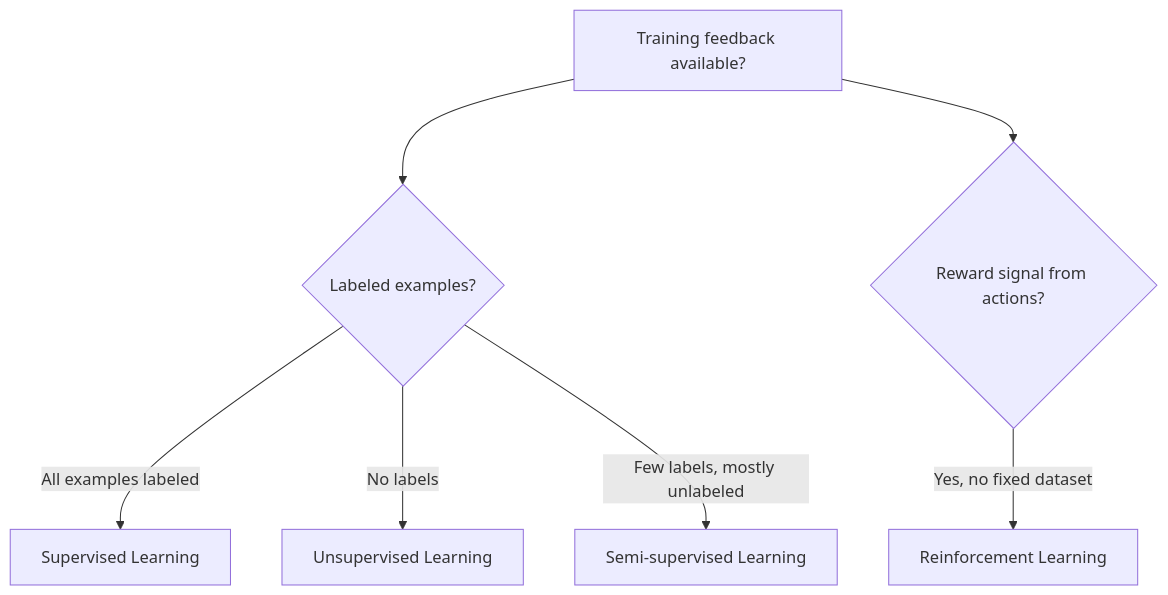
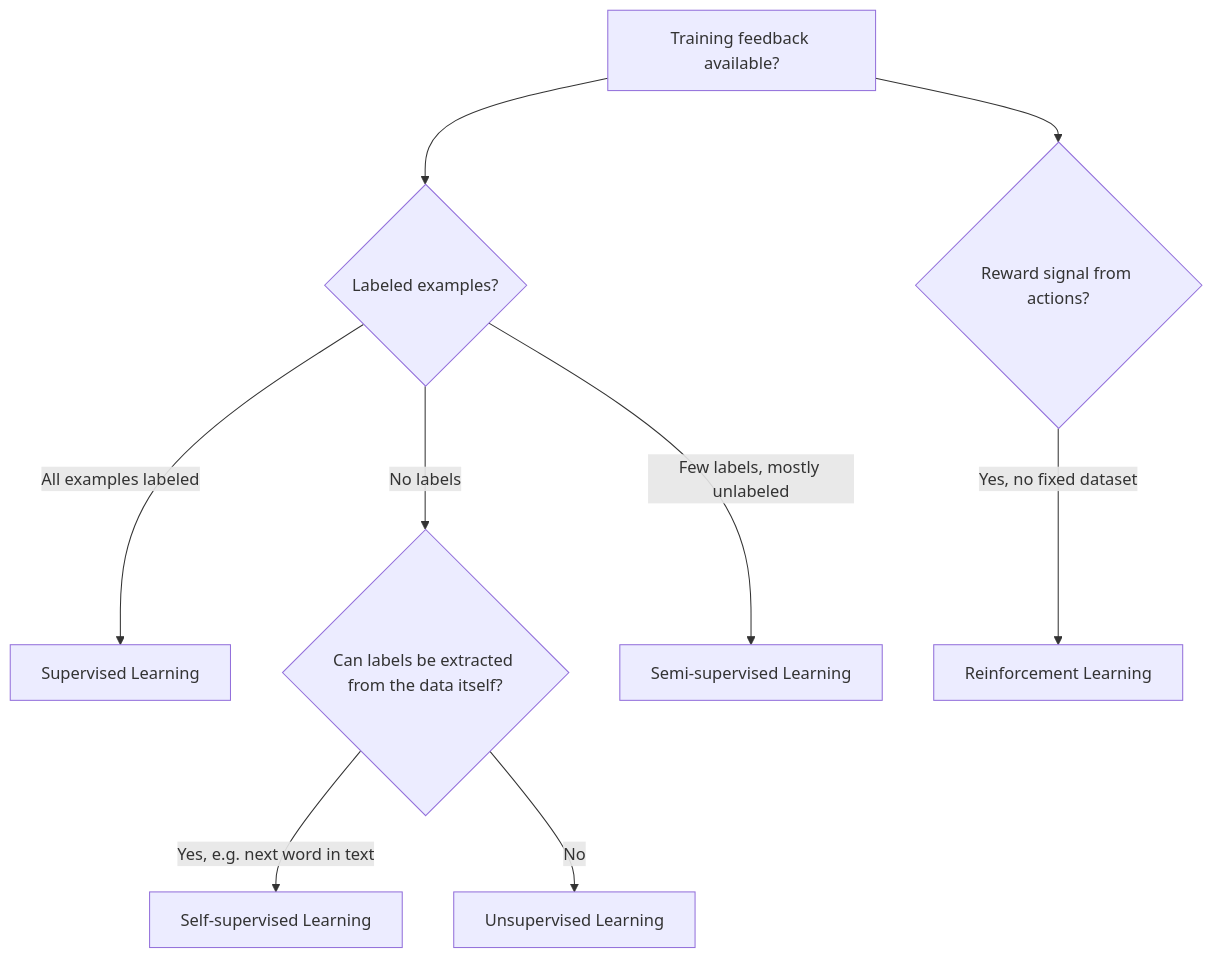
Before and after one commit to deaxparadox/ArtOfAIML: the diagram in machine-learning/types-of-machine-learning.md, drawn with Mermaid. The commit also changed other lines of this file, not shown here.

First line of the commit message:
Turn Types of Machine Learning into a proper overview linking to the 5 deep dives

````diff
--- a/machine-learning/types-of-machine-learning.md
+++ b/machine-learning/types-of-machine-learning.md
@@ -16,9 +19,11 @@
 ```mermaid
 flowchart TD
     A[Training feedback available?] --> B{Labeled examples?}
     B -->|All examples labeled| C[Supervised Learning]
-    B -->|No labels| D[Unsupervised Learning]
+    B -->|No labels| D{Can labels be extracted from the data itself?}
+    D -->|Yes, e.g. next word in text| H[Self-supervised Learning]
+    D -->|No| I[Unsupervised Learning]
     B -->|Few labels, mostly unlabeled| E[Semi-supervised Learning]
     A --> F{Reward signal from actions?}
     F -->|Yes, no fixed dataset| G[Reinforcement Learning]
 ```
````
